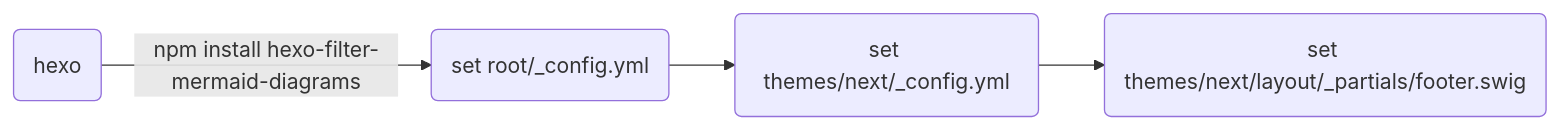
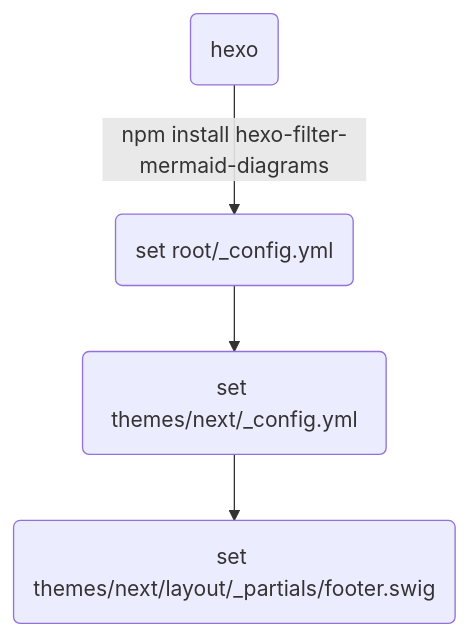
The diagram in source/_posts/Hexo-mermaid.md (chinyun/chinyun.github.io), drawn with Mermaid before and after one commit. The commit also changed other lines of this file, not shown here.

````diff
--- a/source/_posts/Hexo-mermaid.md
+++ b/source/_posts/Hexo-mermaid.md
@@ -62,6 +60,6 @@
 ```mermaid
-graph LR;
+graph TD;
   A(hexo) -- npm install hexo-filter-mermaid-diagrams --> B(set root/_config.yml)
   B --> C(set themes/next/_config.yml)
   C --> D(set themes/next/layout/_partials/footer.swig)
 ```
````
